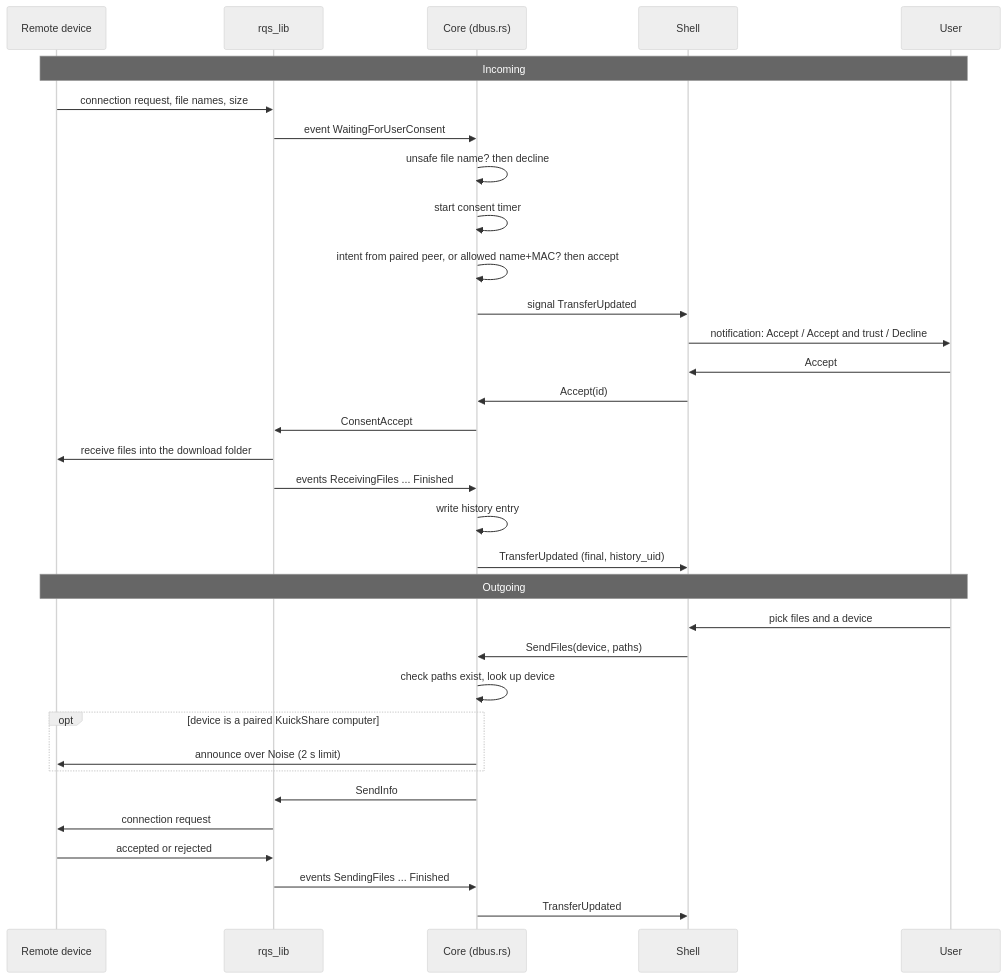
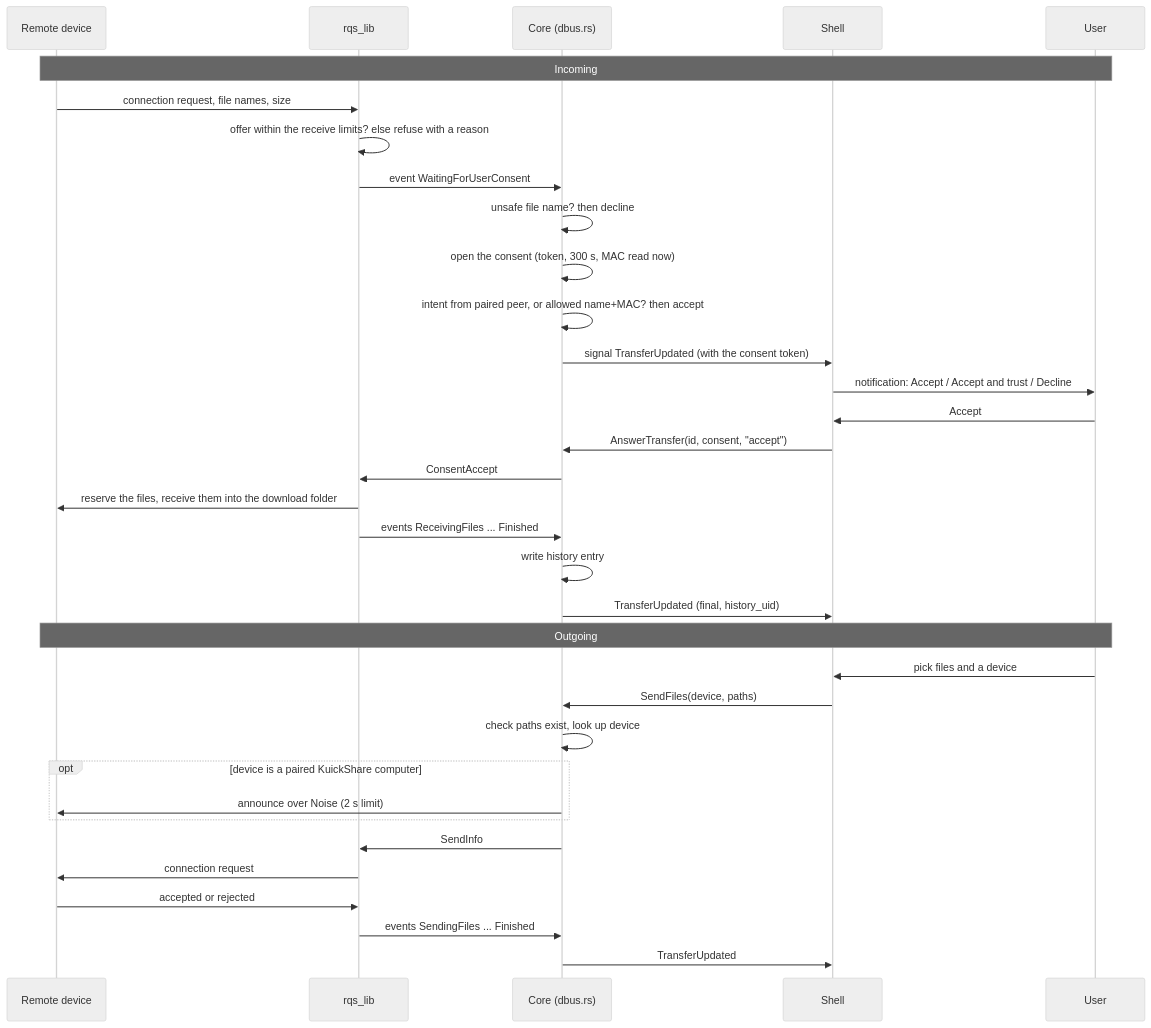
Before and after one commit to the-beper/KuickShare: the second of 5 diagrams in docs/architecture.md, drawn with Mermaid (neutral theme). The commit also changed other lines of this file and 30 other files, not shown here.

````diff
--- a/docs/architecture.md
+++ b/docs/architecture.md
@@ -104,37 +107,38 @@
 ```mermaid
 sequenceDiagram
     participant P as Remote device
     participant L as rqs_lib
     participant C as Core (dbus.rs)
     participant S as Shell
     participant U as User
 
     Note over P,U: Incoming
     P->>L: connection request, file names, size
+    L->>L: offer within the receive limits? else refuse with a reason
     L->>C: event WaitingForUserConsent
     C->>C: unsafe file name? then decline
-    C->>C: start consent timer
+    C->>C: open the consent (token, 300 s, MAC read now)
     C->>C: intent from paired peer, or allowed name+MAC? then accept
-    C->>S: signal TransferUpdated
+    C->>S: signal TransferUpdated (with the consent token)
     S->>U: notification: Accept / Accept and trust / Decline
     U->>S: Accept
-    S->>C: Accept(id)
+    S->>C: AnswerTransfer(id, consent, "accept")
     C->>L: ConsentAccept
-    L->>P: receive files into the download folder
+    L->>P: reserve the files, receive them into the download folder
     L->>C: events ReceivingFiles ... Finished
     C->>C: write history entry
     C->>S: TransferUpdated (final, history_uid)
 
     Note over P,U: Outgoing
     U->>S: pick files and a device
     S->>C: SendFiles(device, paths)
     C->>C: check paths exist, look up device
     opt device is a paired KuickShare computer
         C->>P: announce over Noise (2 s limit)
     end
     C->>L: SendInfo
     L->>P: connection request
     P->>L: accepted or rejected
     L->>C: events SendingFiles ... Finished
     C->>S: TransferUpdated
 ```
````
